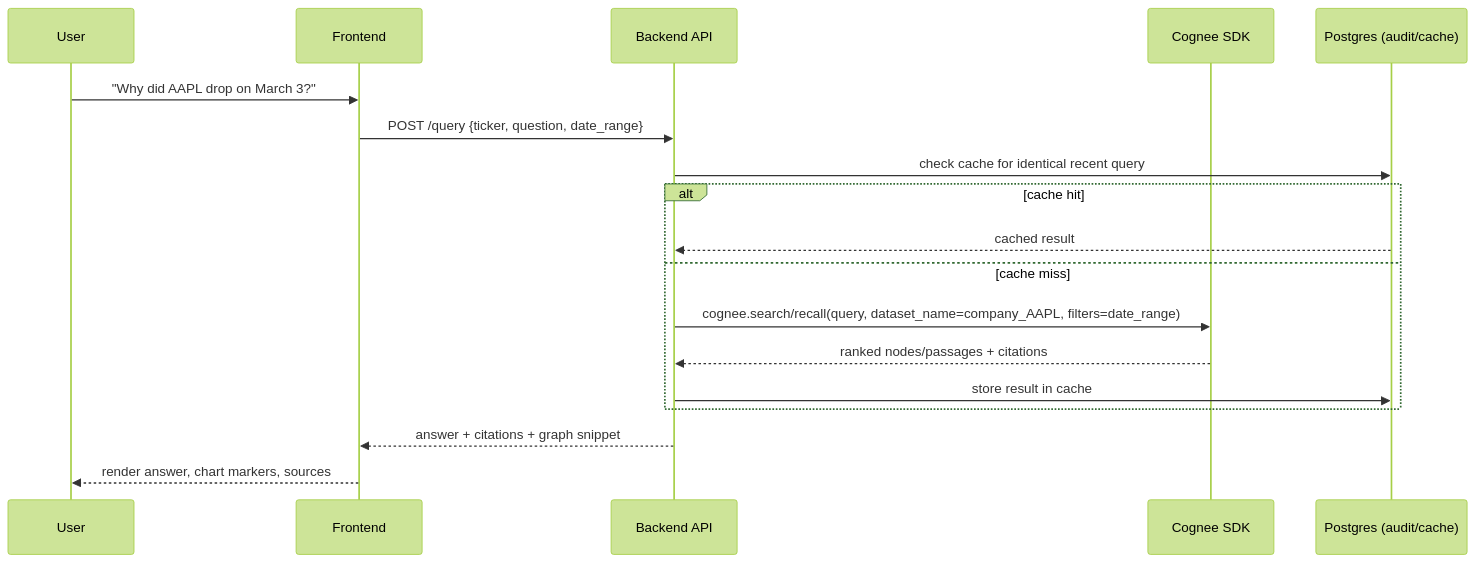
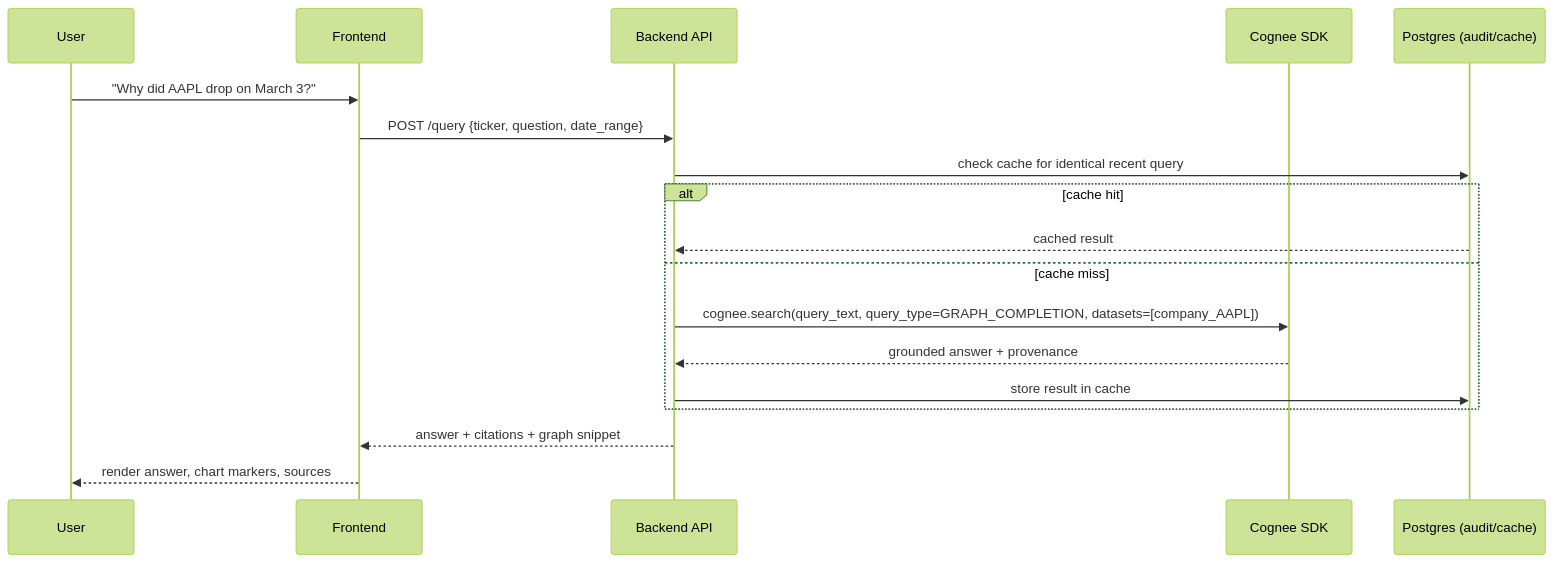
One commit to rahulm820/cognivest changed the fifth of 9 diagrams in ARCHITECTURE.md. Above: the diagram before and after it, drawn with Mermaid (forest theme). The commit also changed other lines of this file and 23 other files, not shown here.

````diff
--- a/ARCHITECTURE.md
+++ b/ARCHITECTURE.md
@@ -221,21 +246,21 @@
 ```mermaid
 sequenceDiagram
     participant User
     participant FE as Frontend
     participant API as Backend API
     participant Cog as Cognee SDK
     participant DB as Postgres (audit/cache)
 
     User->>FE: "Why did AAPL drop on March 3?"
     FE->>API: POST /query {ticker, question, date_range}
     API->>DB: check cache for identical recent query
     alt cache hit
         DB-->>API: cached result
     else cache miss
-        API->>Cog: cognee.search/recall(query, dataset_name=company_AAPL, filters=date_range)
-        Cog-->>API: ranked nodes/passages + citations
+        API->>Cog: cognee.search(query_text, query_type=GRAPH_COMPLETION, datasets=[company_AAPL])
+        Cog-->>API: grounded answer + provenance
         API->>DB: store result in cache
     end
     API-->>FE: answer + citations + graph snippet
     FE-->>User: render answer, chart markers, sources
 ```
````
